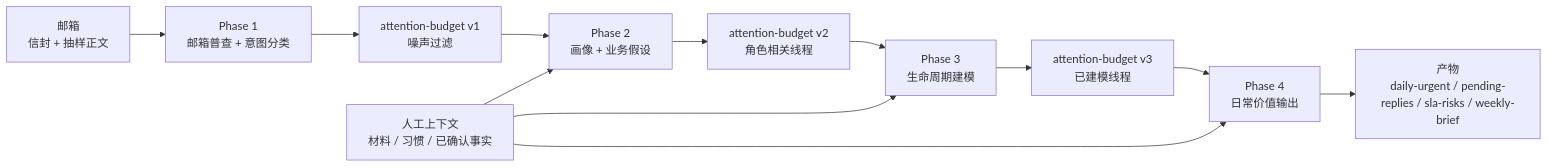
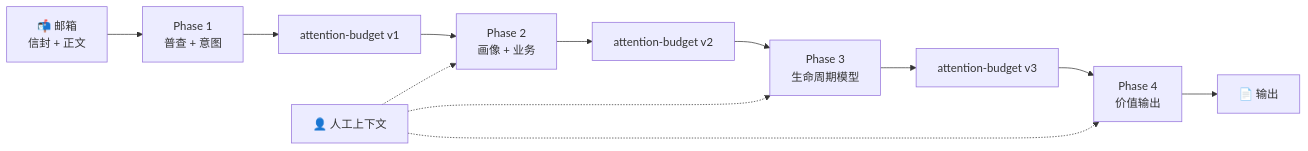
Before and after one commit to caapapx/email-bot: the diagram in README.zh.md, drawn with Mermaid. The commit also changed other lines of this file and 1 other file, not shown here.

````diff
--- a/README.zh.md
+++ b/README.zh.md
@@ -167,18 +178,8 @@
 ```mermaid
 flowchart LR
-    M["邮箱<br/>信封 + 抽样正文"]
-    C["人工上下文<br/>材料 / 习惯 / 已确认事实"]
-    P1["Phase 1<br/>邮箱普查 + 意图分类"]
-    B1["attention-budget v1<br/>噪声过滤"]
-    P2["Phase 2<br/>画像 + 业务假设"]
-    B2["attention-budget v2<br/>角色相关线程"]
-    P3["Phase 3<br/>生命周期建模"]
-    B3["attention-budget v3<br/>已建模线程"]
-    P4["Phase 4<br/>日常价值输出"]
-    O["产物<br/>daily-urgent / pending-replies / sla-risks / weekly-brief"]
-
-    M --> P1 --> B1 --> P2 --> B2 --> P3 --> B3 --> P4 --> O
-    C --> P2
-    C --> P3
-    C --> P4
+    M["📬 邮箱<br/>信封 + 正文"] --> P1["Phase 1<br/>普查 + 意图"] --> B1["attention-budget v1"]
+    B1 --> P2["Phase 2<br/>画像 + 业务"] --> B2["attention-budget v2"]
+    B2 --> P3["Phase 3<br/>生命周期模型"] --> B3["attention-budget v3"]
+    B3 --> P4["Phase 4<br/>价值输出"] --> O["📄 输出"]
+    C["👤 人工上下文"] -.-> P2 & P3 & P4
 ```
````
